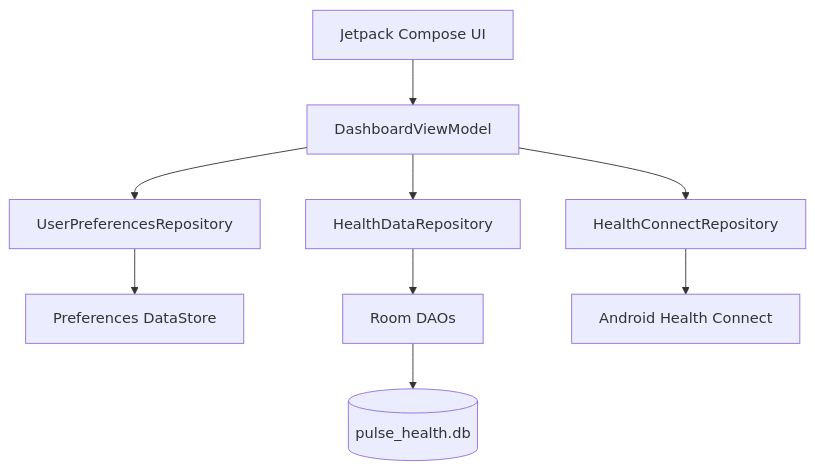
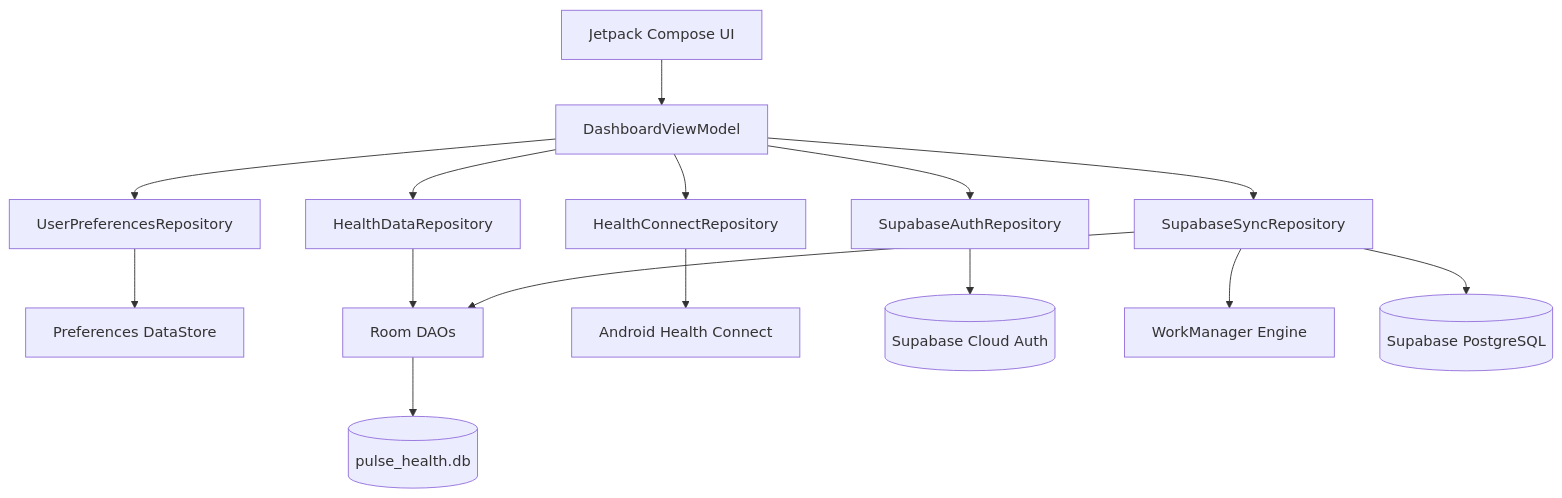
The first of 4 diagrams in docs/ARCHITECTURE.md (nahilist/health-tracking-app), drawn with Mermaid before and after one commit. The commit also changed other lines of this file and 17 other files, not shown here.

First line of the commit message:
feat: implement hybrid offline outbox sync and WorkManager scheduling

````diff
--- a/docs/ARCHITECTURE.md
+++ b/docs/ARCHITECTURE.md
@@ -11,11 +11,17 @@
 ```mermaid
 flowchart TD
     UI[Jetpack Compose UI] --> VM[DashboardViewModel]
     VM --> PREF[UserPreferencesRepository]
     VM --> LOCAL[HealthDataRepository]
     VM --> HC[HealthConnectRepository]
+    VM --> AUTH[SupabaseAuthRepository]
+    VM --> SYNC[SupabaseSyncRepository]
     PREF --> DS[Preferences DataStore]
     LOCAL --> DAO[Room DAOs]
     DAO --> DB[(pulse_health.db)]
     HC --> PLATFORM[Android Health Connect]
+    AUTH --> SUPA[(Supabase Cloud Auth)]
+    SYNC --> WM[WorkManager Engine]
+    SYNC --> POSTGRES[(Supabase PostgreSQL)]
+    SYNC --> DAO
 ```
````
